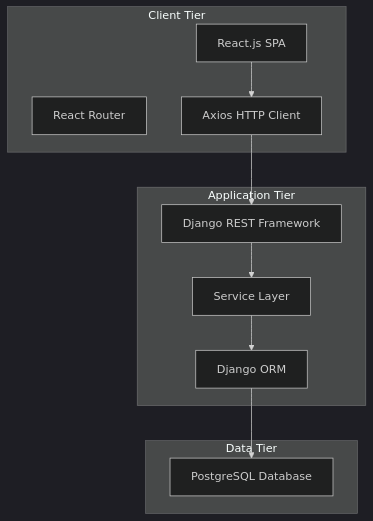
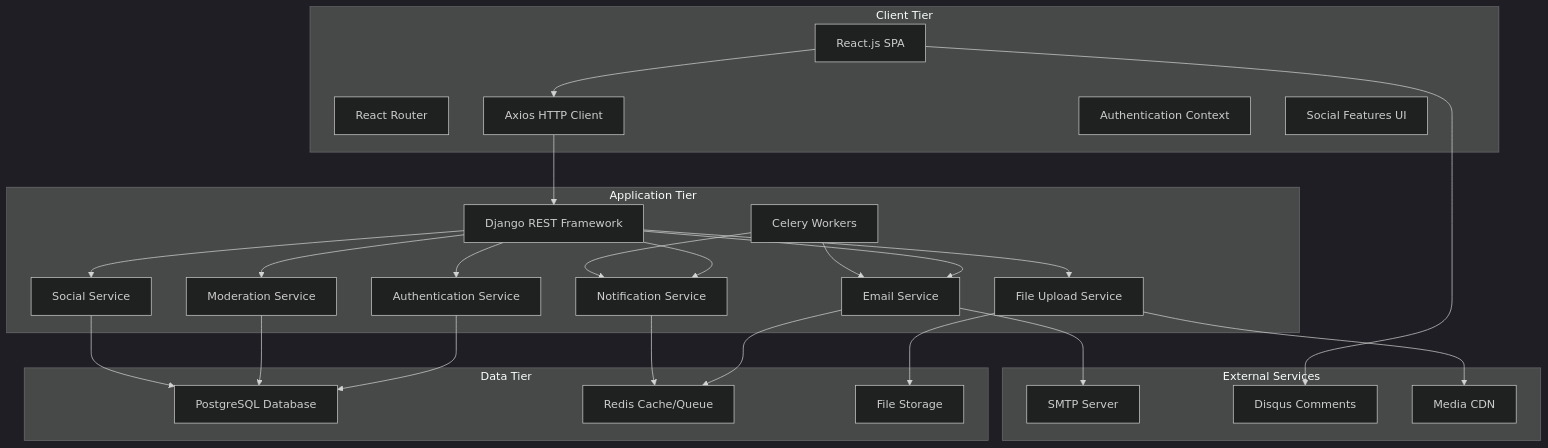
Before and after one commit to ToryFriday/FinTalk: the diagram in README.md, drawn with Mermaid (dark theme). The commit also changed other lines of this file and 243 other files, not shown here.

````diff
--- a/README.md
+++ b/README.md
@@ -46,24 +47,53 @@
 ```mermaid
 graph TB
     subgraph "Client Tier"
         A[React.js SPA]
         B[React Router]
         C[Axios HTTP Client]
+        D[Authentication Context]
+        E[Social Features UI]
     end
     
     subgraph "Application Tier"
-        D[Django REST Framework]
-        E[Service Layer]
-        F[Django ORM]
+        F[Django REST Framework]
+        G[Authentication Service]
+        H[Email Service]
+        I[File Upload Service]
+        J[Notification Service]
+        K[Moderation Service]
+        L[Social Service]
+        M[Celery Workers]
     end
     
     subgraph "Data Tier"
-        G[PostgreSQL Database]
+        N[PostgreSQL Database]
+        O[Redis Cache/Queue]
+        P[File Storage]
+    end
+    
+    subgraph "External Services"
+        Q[SMTP Server]
+        R[Disqus Comments]
+        S[Media CDN]
     end
     
     A --> C
-    C --> D
-    D --> E
-    E --> F
+    C --> F
     F --> G
+    F --> H
+    F --> I
+    F --> J
+    F --> K
+    F --> L
+    M --> H
+    M --> J
+    G --> N
+    H --> O
+    I --> P
+    J --> O
+    K --> N
+    L --> N
+    H --> Q
+    A --> R
+    I --> S
 ```
````
